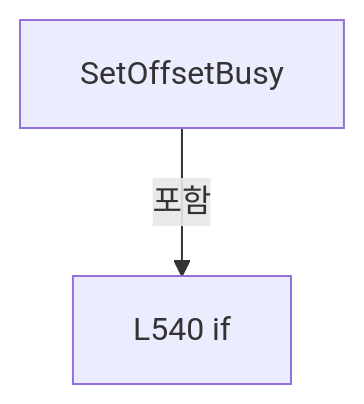
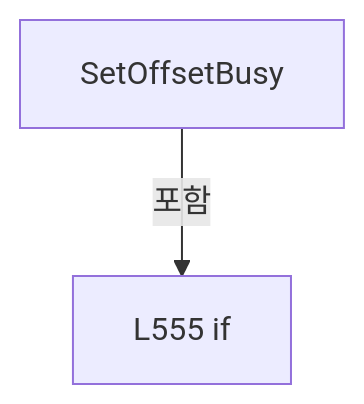
Diagram 12 of 18 in A3 LD Code Ref/files/Drilling.UI/Menu/Menus/CMenuCorrection.ReviewData.Offset.cs.md (kjuws10-rgb/Shared), drawn with Mermaid before and after one commit. The commit also changed other lines of this file and 2071 other files, not shown here.

Commit message:
docs(a3): update 11.19.0 architecture and code reference

````diff
--- a/A3 LD Code Ref/files/Drilling.UI/Menu/Menus/CMenuCorrection.ReviewData.Offset.cs.md
+++ b/A3 LD Code Ref/files/Drilling.UI/Menu/Menus/CMenuCorrection.ReviewData.Offset.cs.md
@@ -1721,6 +1731,6 @@
 ```mermaid
 flowchart TD
  M["SetOffsetBusy"]
- N0["L540 if"]
+ N0["L555 if"]
  M -->|포함| N0
 ```
````
